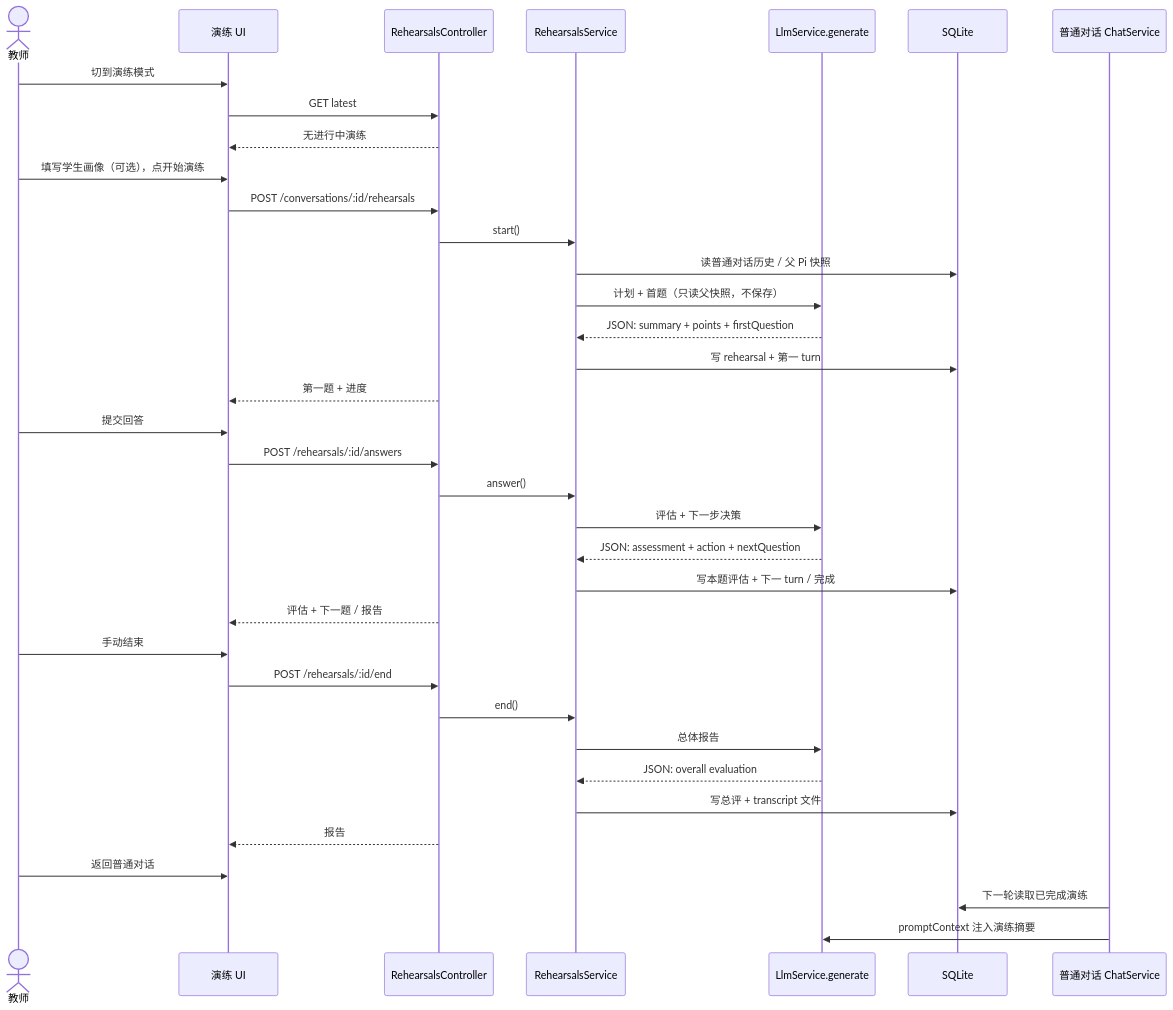
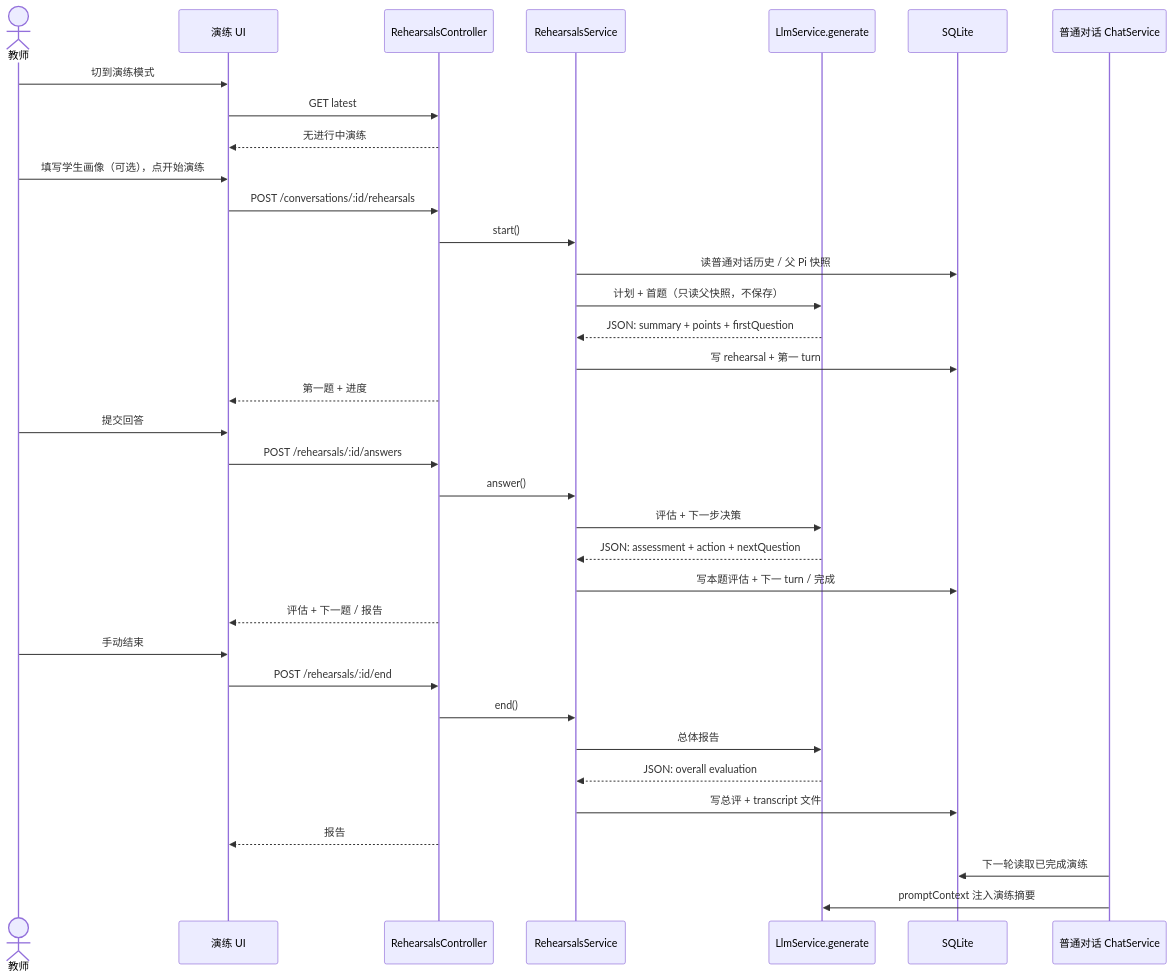
Before and after one commit to yuchentime/tech-forge: the first of 2 diagrams in docs/changes/2026-11-09-rehearsal-mode/design.md, drawn with Mermaid. The commit also changed other lines of this file and 10 other files, not shown here.

````diff
--- a/docs/changes/2026-11-09-rehearsal-mode/design.md
+++ b/docs/changes/2026-11-09-rehearsal-mode/design.md
@@ -87,39 +87,38 @@
 ```mermaid
 sequenceDiagram
   actor User as 教师
   participant UI as 演练 UI
   participant API as RehearsalsController
   participant Svc as RehearsalsService
   participant LLM as LlmService.generate
   participant DB as SQLite
   participant Chat as 普通对话 ChatService
 
   User->>UI: 切到演练模式
   UI->>API: GET latest
   API-->>UI: 无进行中演练
   User->>UI: 填写学生画像（可选），点开始演练
   UI->>API: POST /conversations/:id/rehearsals
   API->>Svc: start()
   Svc->>DB: 读普通对话历史 / 父 Pi 快照
   Svc->>LLM: 计划 + 首题（只读父快照，不保存）
   LLM-->>Svc: JSON: summary + points + firstQuestion
   Svc->>DB: 写 rehearsal + 第一 turn
   API-->>UI: 第一题 + 进度
   User->>UI: 提交回答
   UI->>API: POST /rehearsals/:id/answers
   API->>Svc: answer()
   Svc->>LLM: 评估 + 下一步决策
   LLM-->>Svc: JSON: assessment + action + nextQuestion
   Svc->>DB: 写本题评估 + 下一 turn / 完成
   API-->>UI: 评估 + 下一题 / 报告
   User->>UI: 手动结束
   UI->>API: POST /rehearsals/:id/end
   API->>Svc: end()
   Svc->>LLM: 总体报告
   LLM-->>Svc: JSON: overall evaluation
   Svc->>DB: 写总评 + transcript 文件
   API-->>UI: 报告
-  User->>UI: 返回普通对话
   Chat->>DB: 下一轮读取已完成演练
   Chat->>LLM: promptContext 注入演练摘要
 ```
````
